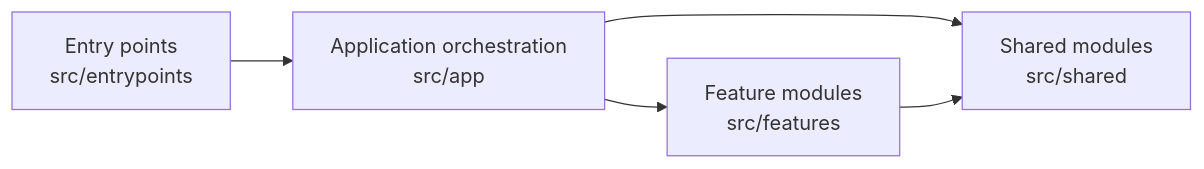
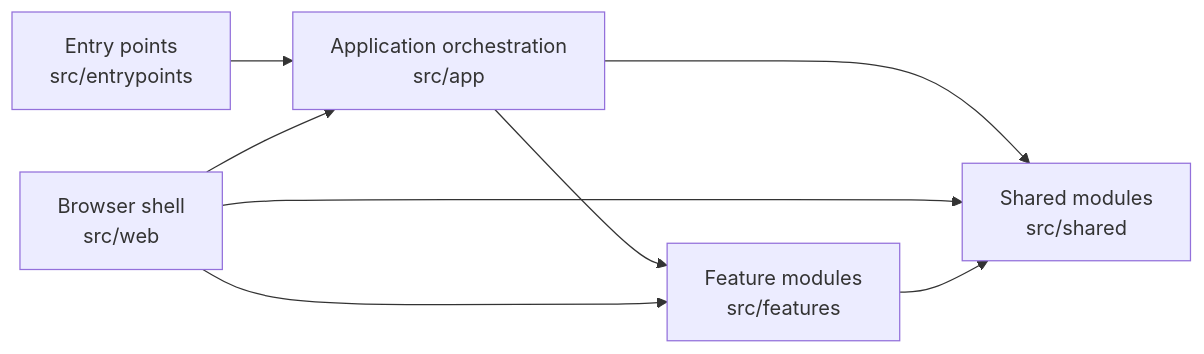
The first of 4 diagrams in docs/en/architecture.md (ChouChiu/Purivox), drawn with Mermaid before and after one commit. The commit also changed other lines of this file and 63 other files, not shown here.

````diff
--- a/docs/en/architecture.md
+++ b/docs/en/architecture.md
@@ -33,7 +34,10 @@
 ```mermaid
 flowchart LR
     entry["Entry points<br/>src/entrypoints"] --> app["Application orchestration<br/>src/app"]
+    browser["Browser shell<br/>src/web"] --> app
     app --> feature["Feature modules<br/>src/features"]
     app --> shared["Shared modules<br/>src/shared"]
+    browser --> feature
+    browser --> shared
     feature --> shared
 ```
````
